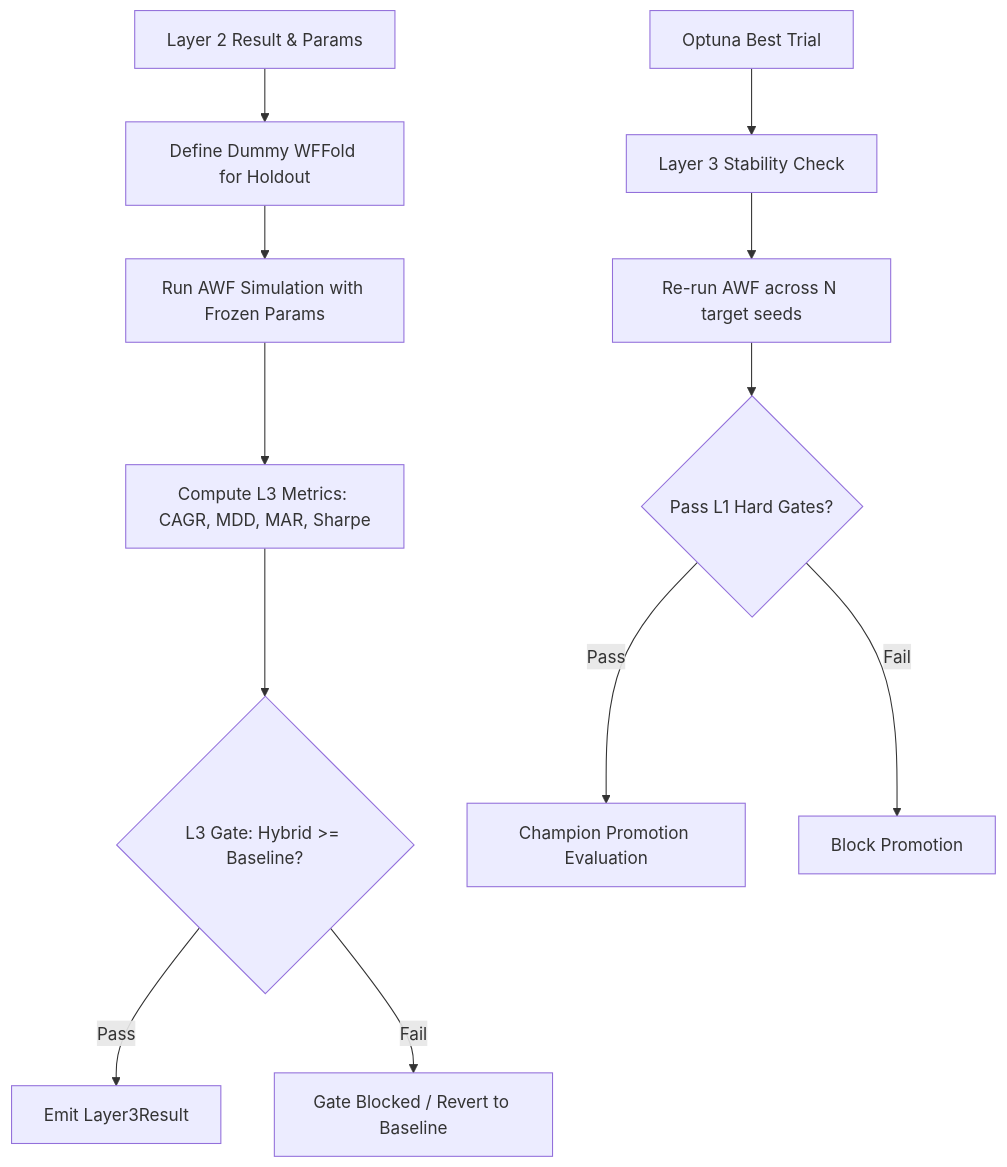
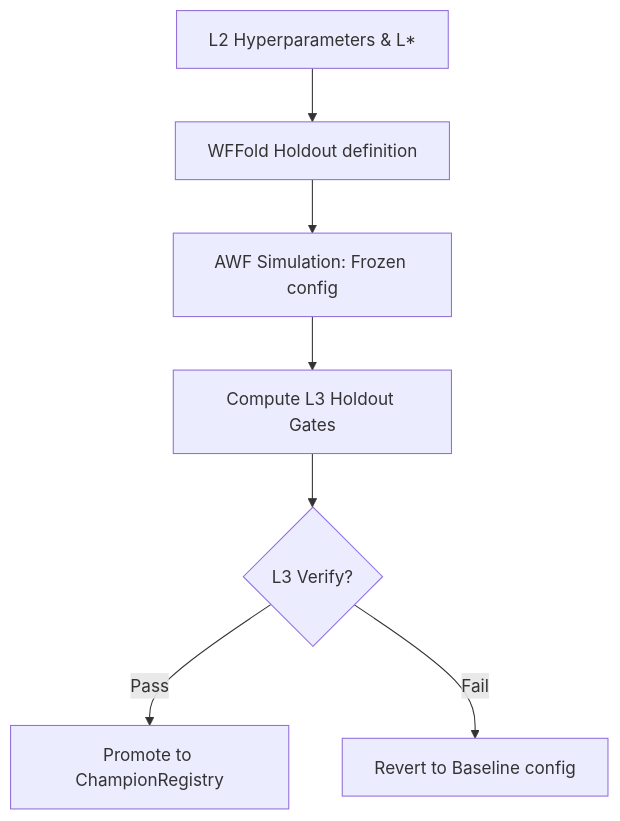
One commit to KTHYEONG/crypto-pilot changed the diagram in docs/architecture/layer3.md. Above: the diagram before and after it, drawn with Mermaid. The commit also changed other lines of this file and 11 other files, not shown here.

````diff
--- a/docs/architecture/layer3.md
+++ b/docs/architecture/layer3.md
@@ -58,15 +67,9 @@
 ```mermaid
 graph TD
-    A[Layer 2 Result & Params] --> B[Define Dummy WFFold for Holdout]
-    B --> C[Run AWF Simulation with Frozen Params]
-    C --> D[Compute L3 Metrics: CAGR, MDD, MAR, Sharpe]
-    D --> E{L3 Gate: Hybrid >= Baseline?}
-    E -->|Pass| F[Emit Layer3Result]
-    E -->|Fail| G[Gate Blocked / Revert to Baseline]
-    
-    H[Optuna Best Trial] --> I[Layer 3 Stability Check]
-    I --> J[Re-run AWF across N target seeds]
-    J --> K{Pass L1 Hard Gates?}
-    K -->|Pass| L[Champion Promotion Evaluation]
-    K -->|Fail| M[Block Promotion]
+    A[L2 Hyperparameters & L*] --> B[WFFold Holdout definition]
+    B --> C[AWF Simulation: Frozen config]
+    C --> D[Compute L3 Holdout Gates]
+    D --> E{L3 Verify?}
+    E -->|Pass| F[Promote to ChampionRegistry]
+    E -->|Fail| G[Revert to Baseline config]
 ```
````
